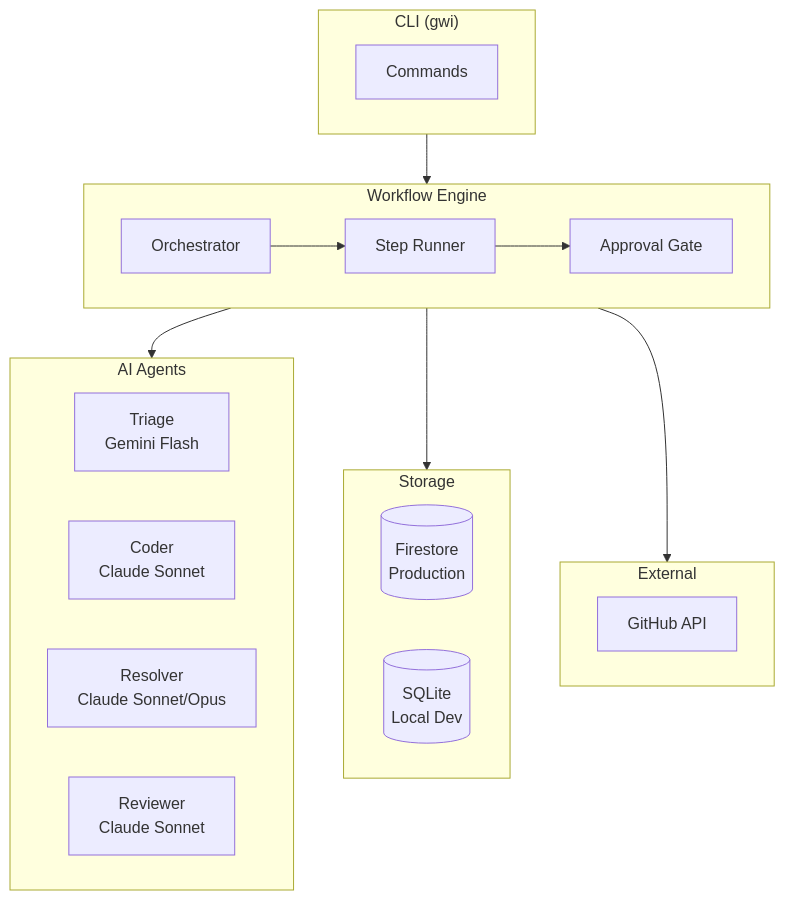
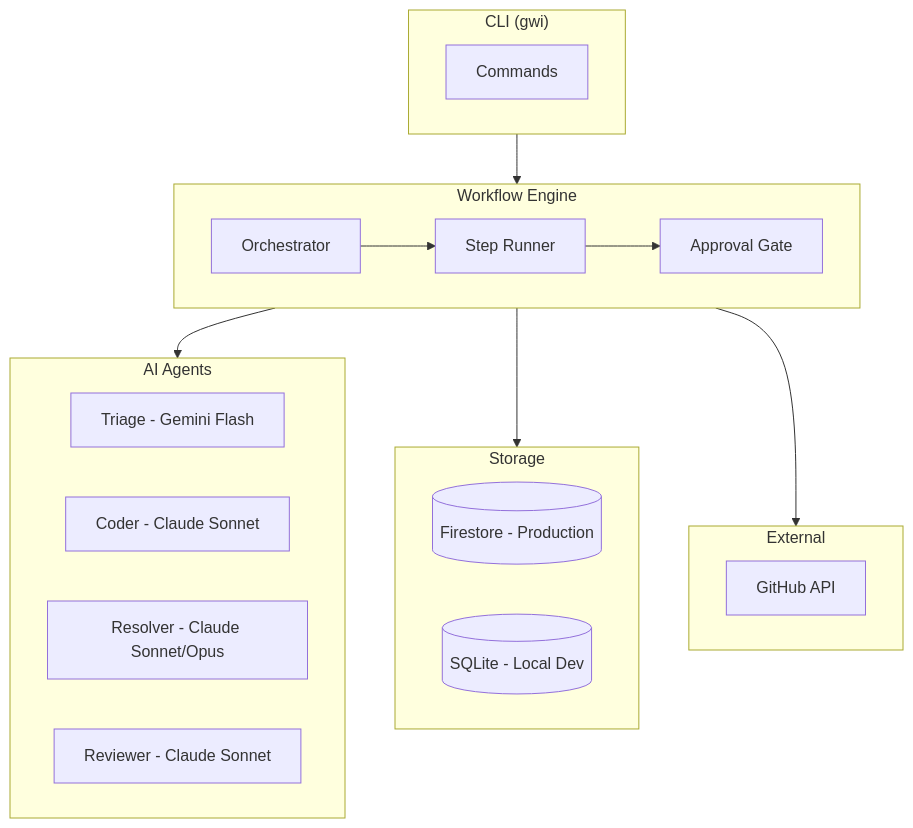
One commit to intent-solutions-io/iam-git-with-intent changed the seventh of 16 diagrams in README.md. Above: the diagram before and after it, drawn with Mermaid. The commit also changed other lines of this file and 1 other file, not shown here.

Commit message:
fix: mermaid diagrams and Claude Code hook format (#70)
* fix(config): update hooks to new matcher format

The Stop hook was using the old format with `command` at the top level.
Updated to new format with `matcher` regex and nested `hooks` array.

* fix(docs): replace <br/> tags in mermaid diagrams

GitHub's mermaid renderer fails with HTML <br/> tags in node labels.
Replaced with dashes for compatibility.

---------

````diff
--- a/README.md
+++ b/README.md
@@ -285,35 +285,35 @@
 ```mermaid
 flowchart TB
     subgraph CLI["CLI (gwi)"]
         commands[Commands]
     end
 
     subgraph Engine["Workflow Engine"]
         orchestrator[Orchestrator]
         runner[Step Runner]
         approval[Approval Gate]
     end
 
     subgraph Agents["AI Agents"]
-        triage[Triage<br/>Gemini Flash]
-        coder[Coder<br/>Claude Sonnet]
-        resolver[Resolver<br/>Claude Sonnet/Opus]
-        reviewer[Reviewer<br/>Claude Sonnet]
+        triage[Triage - Gemini Flash]
+        coder[Coder - Claude Sonnet]
+        resolver[Resolver - Claude Sonnet/Opus]
+        reviewer[Reviewer - Claude Sonnet]
     end
 
     subgraph Storage["Storage"]
-        firestore[(Firestore<br/>Production)]
-        sqlite[(SQLite<br/>Local Dev)]
+        firestore[(Firestore - Production)]
+        sqlite[(SQLite - Local Dev)]
     end
 
     subgraph External["External"]
         github[GitHub API]
     end
 
     CLI --> Engine
     Engine --> Agents
     Engine --> Storage
     Engine --> External
     orchestrator --> runner
     runner --> approval
 ```
````
